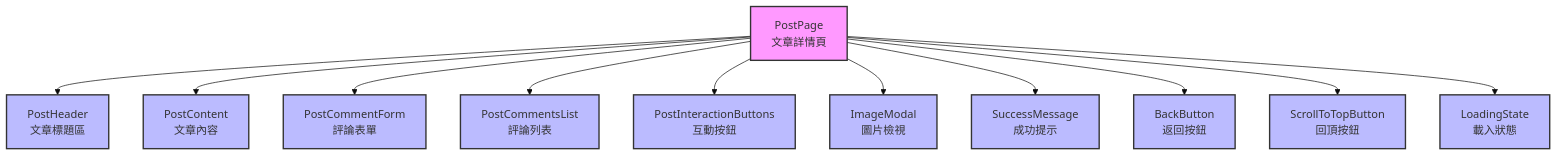
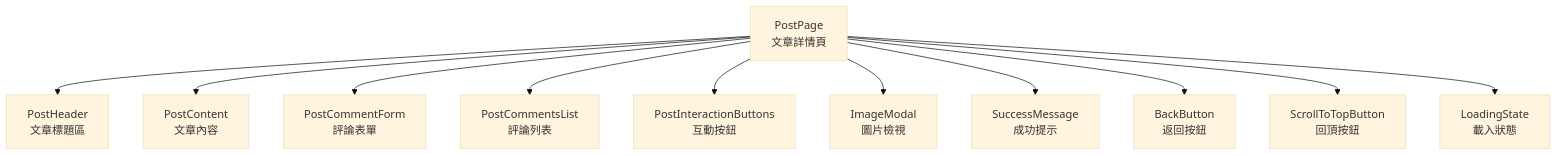
Before and after one commit to roy4222/SoulNet: the sixth of 9 diagrams in README.md, drawn with Mermaid (base theme). The commit also changed other lines of this file, not shown here.

Commit message:
Refactor README component diagrams by removing unnecessary class definitions to improve readability and streamline the presentation of component relationships.

````diff
--- a/README.md
+++ b/README.md
@@ -216,31 +191,25 @@
 ```mermaid
 graph TD
     PP[PostPage<br/>文章詳情頁]
     PH[PostHeader<br/>文章標題區]
     PCN[PostContent<br/>文章內容]
     PCF[PostCommentForm<br/>評論表單]
     PCL[PostCommentsList<br/>評論列表]
     PIB[PostInteractionButtons<br/>互動按鈕]
     IM[ImageModal<br/>圖片檢視]
     SM[SuccessMessage<br/>成功提示]
     BB[BackButton<br/>返回按鈕]
     STB[ScrollToTopButton<br/>回頂按鈕]
     LS[LoadingState<br/>載入狀態]
     
     PP --> PH
     PP --> PCN
     PP --> PCF
     PP --> PCL
     PP --> PIB
     PP --> IM
     PP --> SM
     PP --> BB
     PP --> STB
     PP --> LS
-    
-    classDef main fill:#f9f,stroke:#333,stroke-width:2px
-    classDef sub fill:#bbf,stroke:#333,stroke-width:2px
-    
-    class PP main
-    class PH,PCN,PCF,PCL,PIB,IM,SM,BB,STB,LS sub
 ```
````
